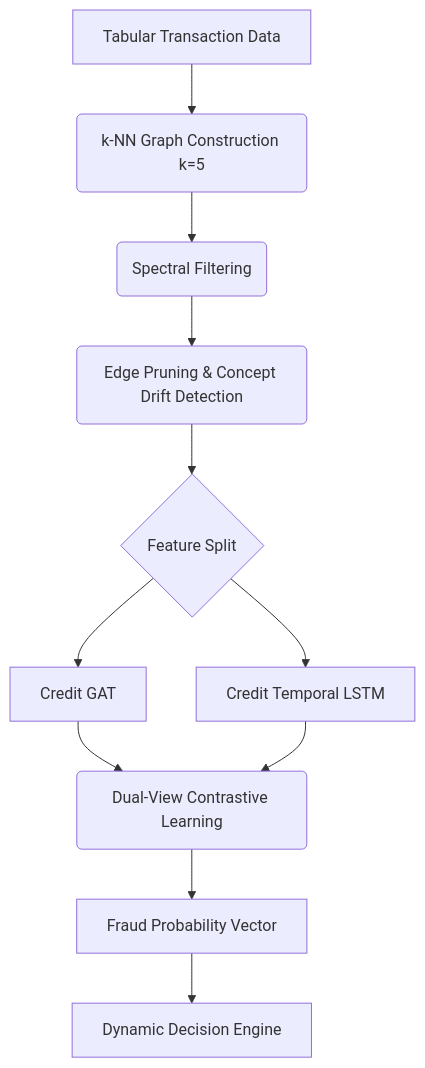
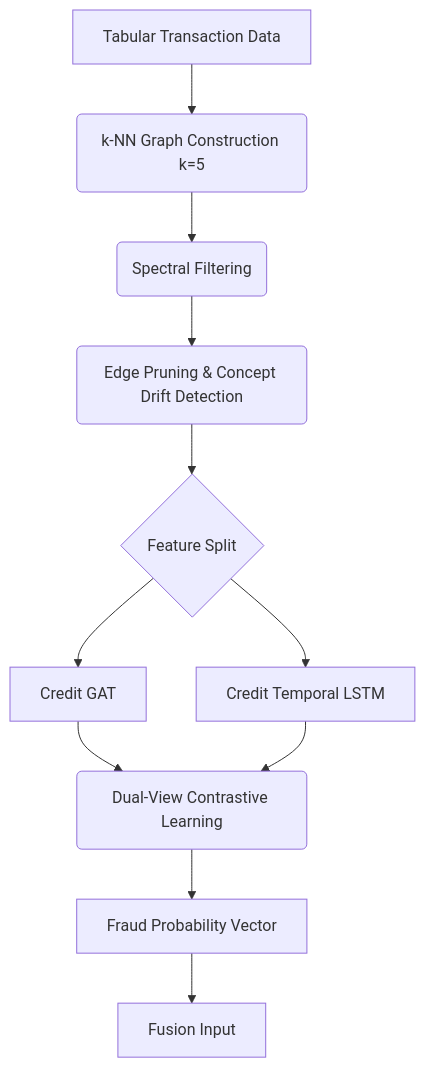
One commit to Soham9Mhetre/CP changed the second of 2 diagrams in README.md. Above: the diagram before and after it, drawn with Mermaid. The commit also changed other lines of this file and 3 other files, not shown here.

````diff
--- a/README.md
+++ b/README.md
@@ -127,13 +72,13 @@
 ```mermaid
 graph TD
-    A[Tabular Transaction Data] --> B(k-NN Graph Construction k=5);
-    B --> C(Spectral Filtering);
-    C --> D(Edge Pruning & Concept Drift Detection);
-    D --> E{Feature Split};
-    E --> F[Credit GAT];
-    E --> G[Credit Temporal LSTM];
-    F --> H(Dual-View Contrastive Learning);
-    G --> H;
-    H --> I[Fraud Probability Vector];
-    I --> J[Dynamic Decision Engine];
+    A[Tabular Transaction Data] --> B(k-NN Graph Construction k=5)
+    B --> C(Spectral Filtering)
+    C --> D(Edge Pruning & Concept Drift Detection)
+    D --> E{Feature Split}
+    E --> F[Credit GAT]
+    E --> G[Credit Temporal LSTM]
+    F --> H(Dual-View Contrastive Learning)
+    G --> H
+    H --> I[Fraud Probability Vector]
+    I --> J[Fusion Input]
 ```
````
